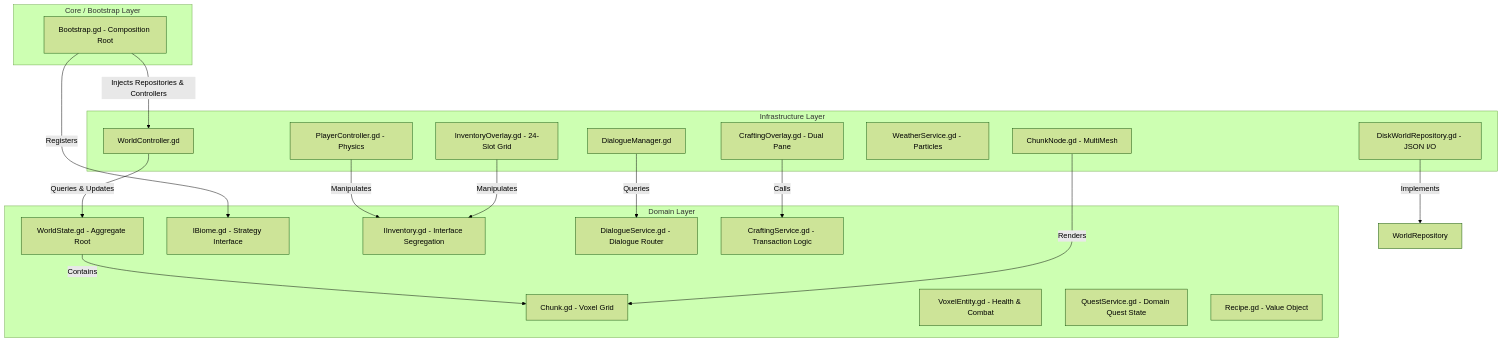
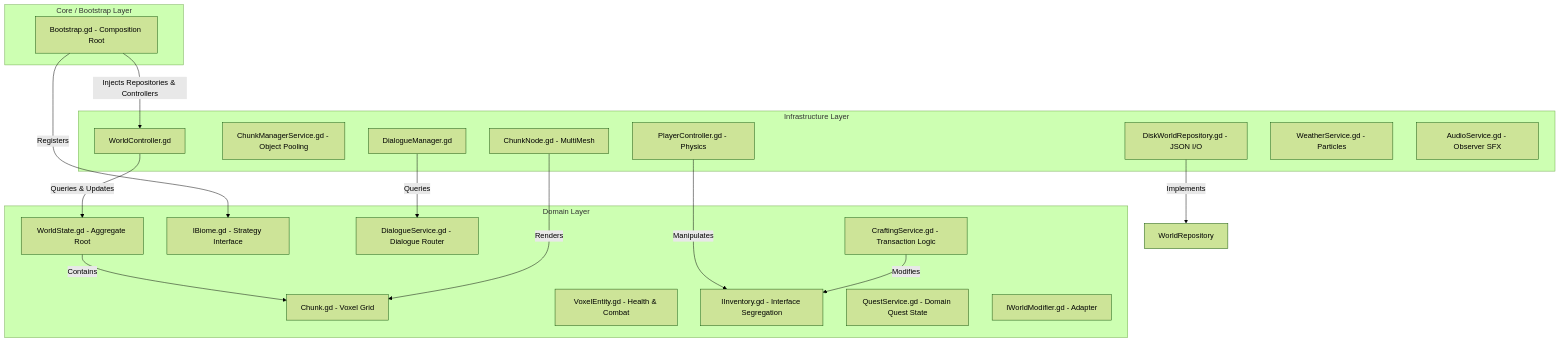
Before and after one commit to enriquegonzalezgutierrez/CraftDomain: the first of 7 diagrams in README.md, drawn with Mermaid (forest theme). The commit also changed other lines of this file and 2 other files, not shown here.

First line of the commit message:
feat: implement milestone 10 audio engine, core optimizations, and docs overhaul

````diff
--- a/README.md
+++ b/README.md
@@ -15,40 +15,39 @@
 ```mermaid
 graph TD
 	subgraph Core_Bootstrap [Core / Bootstrap Layer]
 		Bootstrap[Bootstrap.gd - Composition Root]
 	end
 
 	subgraph Infrastructure_Layer [Infrastructure Layer]
 		WorldController[WorldController.gd]
+		ChunkManager[ChunkManagerService.gd - Object Pooling]
 		ChunkNode[ChunkNode.gd - MultiMesh]
 		PlayerController[PlayerController.gd - Physics]
 		DiskWorldRepository[DiskWorldRepository.gd - JSON I/O]
 		DialogueManager[DialogueManager.gd]
 		WeatherService[WeatherService.gd - Particles]
-		CraftingOverlay[CraftingOverlay.gd - Dual Pane]
-		InventoryOverlay[InventoryOverlay.gd - 24-Slot Grid]
+		AudioService[AudioService.gd - Observer SFX]
 	end
 
 	subgraph Domain_Layer [Domain Layer]
 		WorldState[WorldState.gd - Aggregate Root]
 		Chunk[Chunk.gd - Voxel Grid]
 		VoxelEntity[VoxelEntity.gd - Health & Combat]
 		IBiome[IBiome.gd - Strategy Interface]
 		IInventory[IInventory.gd - Interface Segregation]
 		QuestService[QuestService.gd - Domain Quest State]
 		DialogueService[DialogueService.gd - Dialogue Router]
 		CraftingService[CraftingService.gd - Transaction Logic]
-		Recipe[Recipe.gd - Value Object]
+		IWorldModifier[IWorldModifier.gd - Adapter]
 	end
 
 	Bootstrap -->|Injects Repositories & Controllers| WorldController
 	Bootstrap -->|Registers| IBiome
 	WorldController -->|Queries & Updates| WorldState
 	WorldState -->|Contains| Chunk
 	ChunkNode -->|Renders| Chunk
 	PlayerController -->|Manipulates| IInventory
 	DiskWorldRepository -->|Implements| WorldRepository
 	DialogueManager -->|Queries| DialogueService
-	CraftingOverlay -->|Calls| CraftingService
-	InventoryOverlay -->|Manipulates| IInventory
+	CraftingService -->|Modifies| IInventory
 ```
````
